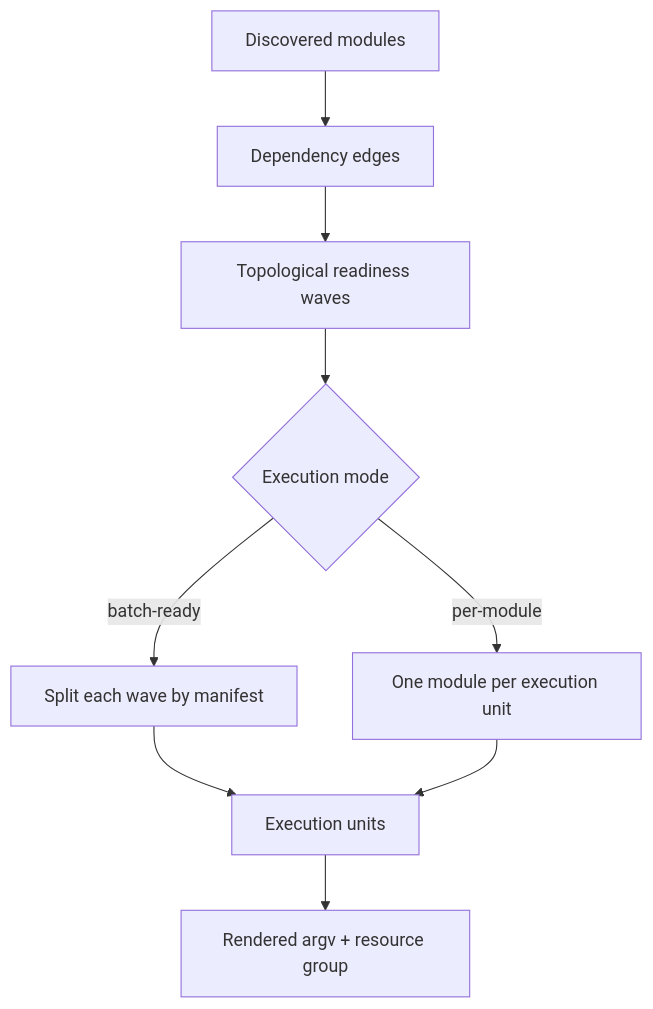
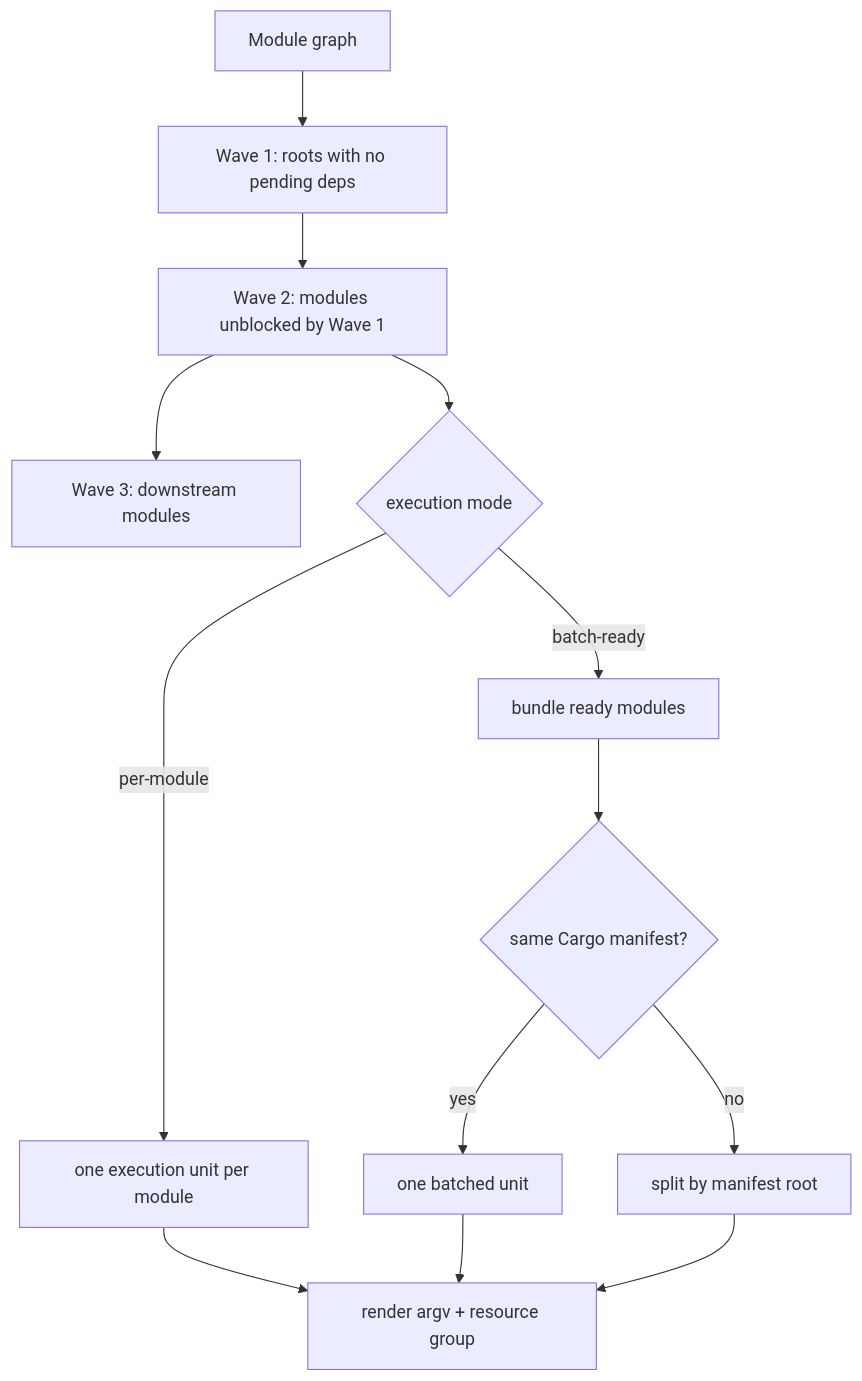
Before and after one commit to kbukum/toven: the third of 4 diagrams in docs/architecture.md, drawn with Mermaid. The commit also changed other lines of this file and 3 other files, not shown here.

````diff
--- a/docs/architecture.md
+++ b/docs/architecture.md
@@ -89,11 +111,16 @@
 ```mermaid
 flowchart TD
-    Modules[Discovered modules] --> Dependencies[Dependency edges]
-    Dependencies --> Waves[Topological readiness waves]
-    Waves --> Mode{Execution mode}
-    Mode -->|batch-ready| ManifestGroups[Split each wave by manifest]
-    Mode -->|per-module| SingleModule[One module per execution unit]
-    ManifestGroups --> Units[Execution units]
-    SingleModule --> Units
-    Units --> Rendered[Rendered argv + resource group]
+    Graph["Module graph"] --> W1["Wave 1: roots with no pending deps"]
+    W1 --> W2["Wave 2: modules unblocked by Wave 1"]
+    W2 --> W3["Wave 3: downstream modules"]
+
+    W2 --> Mode{"execution mode"}
+    Mode -->|"per-module"| PerModule["one execution unit per module"]
+    Mode -->|"batch-ready"| Batch["bundle ready modules"]
+    Batch --> Manifest{"same Cargo manifest?"}
+    Manifest -->|"yes"| OneUnit["one batched unit"]
+    Manifest -->|"no"| Split["split by manifest root"]
+    PerModule --> Rendered["render argv + resource group"]
+    OneUnit --> Rendered
+    Split --> Rendered
 ```
````
